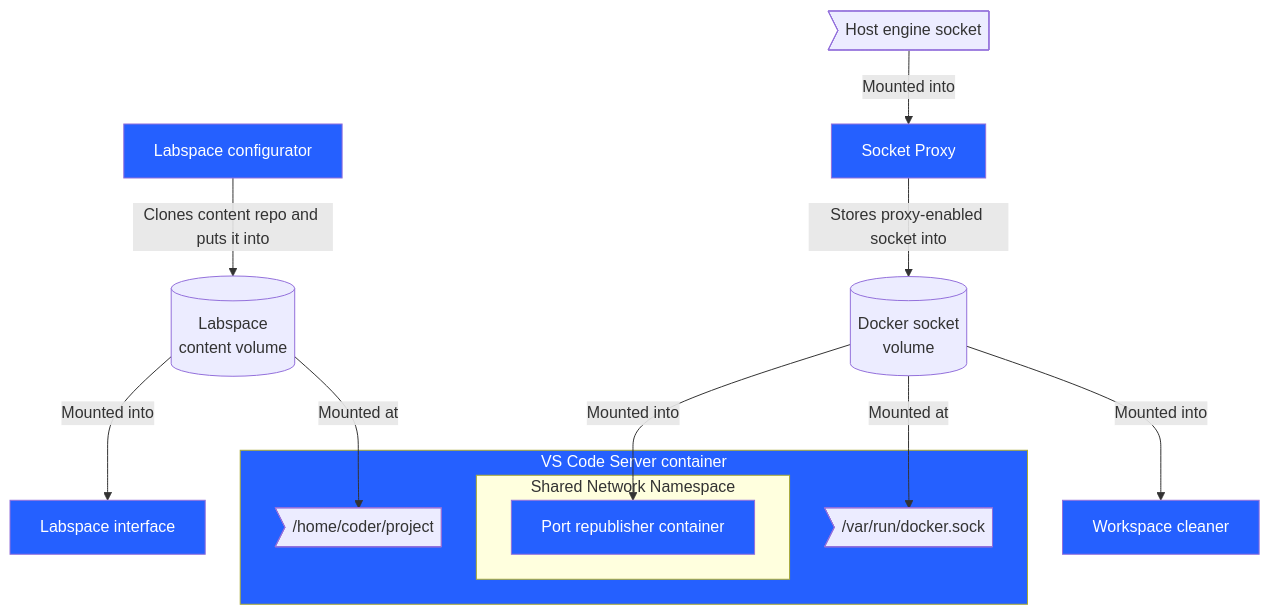
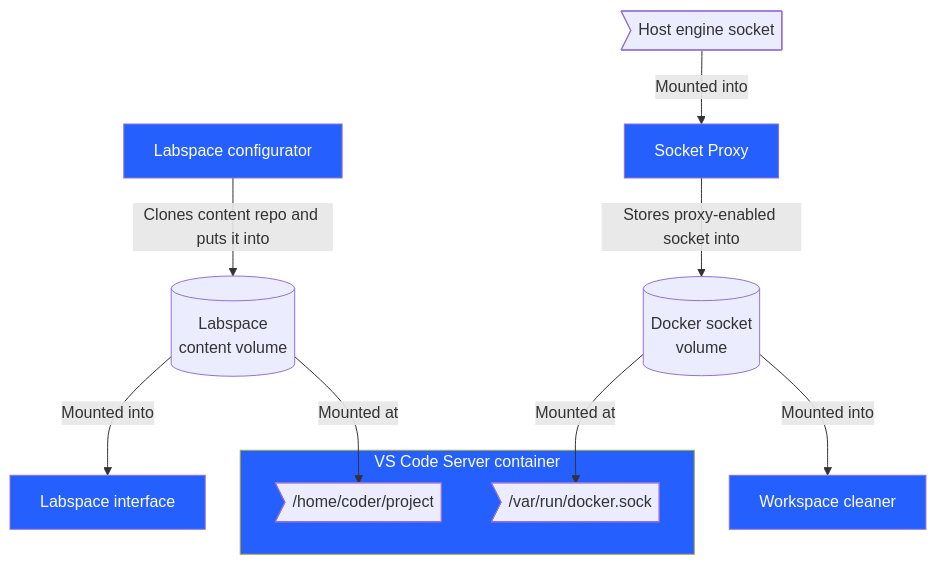
Before and after one commit to dockersamples/labspace-infra: the diagram in README.md, drawn with Mermaid. The commit also changed other lines of this file and 14 other files, not shown here.

````diff
--- a/README.md
+++ b/README.md
@@ -43,28 +43,22 @@
 ```mermaid
 flowchart TD
     classDef containerNode fill:#2560FF,color:#fff
 
     subgraph VSCodeServer[VS Code Server container]
         project@{ shape: odd, label: "/home/coder/project" }
         socket@{ shape: odd, label: "/var/run/docker.sock" }
-
-        subgraph Shared Network Namespace
-            PortRepublisher[Port republisher container]:::containerNode
-        end
     end
 
     VSCodeServer:::containerNode
 
     Setup[Labspace configurator]:::containerNode -->|Clones content repo and puts it into| Volume@{ shape: cyl, label: "Labspace\ncontent volume" }
 
     Volume --> |Mounted into| Interface[Labspace interface]:::containerNode
     Volume --> |Mounted at| project
 
-    SocketVolume -->|Mounted into| PortRepublisher
-
     HostProxy@{ shape: odd, label: "Host engine socket" } --> |Mounted into|ProxyContainer
     ProxyContainer[Socket Proxy]:::containerNode -->|Stores proxy-enabled socket into| SocketVolume@{ shape: cyl, label: "Docker socket\nvolume" }
     SocketVolume -->|Mounted at| socket
 
     SocketVolume -->|Mounted into| WorkspaceCleaner[Workspace cleaner]:::containerNode
 ```
````
